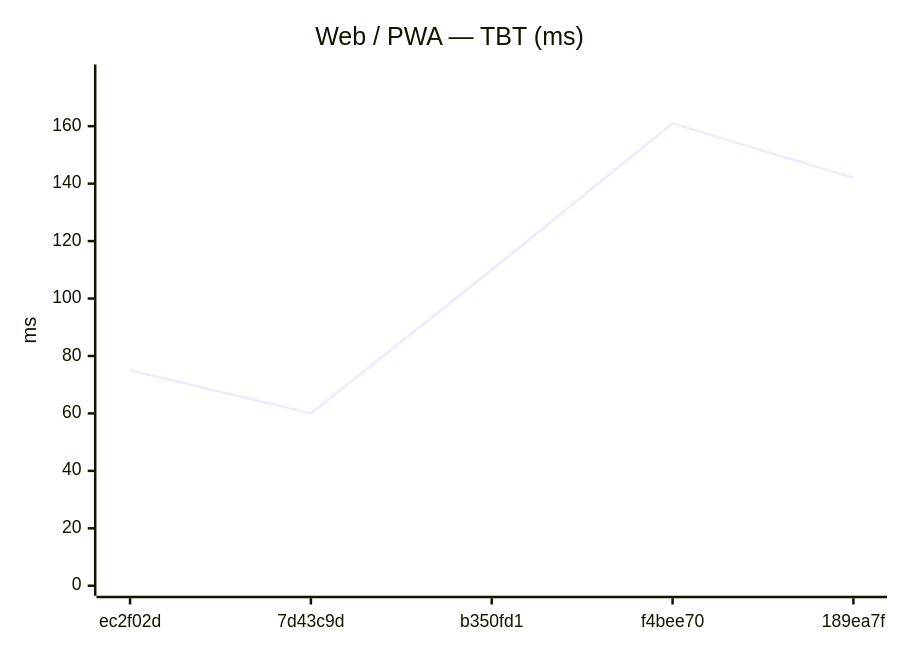
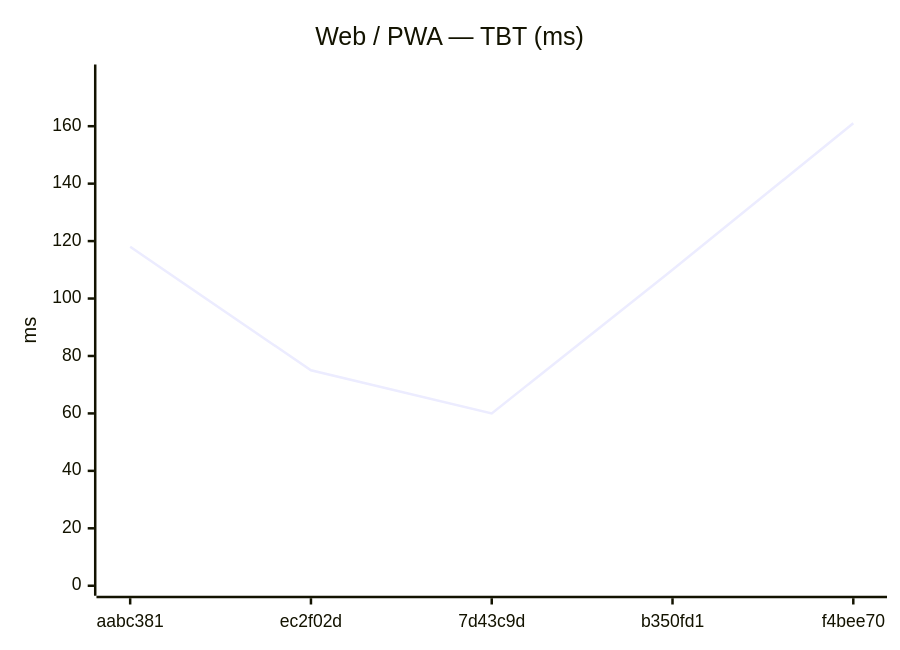
The eighth of 18 diagrams in benchmarks/compare.md (Metaheurist/Rianell), drawn with Mermaid before and after one commit. The commit also changed other lines of this file and 11 other files, not shown here.

````diff
--- a/benchmarks/compare.md
+++ b/benchmarks/compare.md
@@ -124,7 +124,7 @@
 ```mermaid
 xychart-beta
     title "Web / PWA — TBT (ms)"
-    x-axis ["ec2f02d", "7d43c9d", "b350fd1", "f4bee70", "189ea7f"]
+    x-axis ["aabc381", "ec2f02d", "7d43c9d", "b350fd1", "f4bee70"]
     y-axis "ms" 0 --> 178
-    line [75, 60, 110, 161, 142]
+    line [118, 75, 60, 110, 161]
 ```
````
